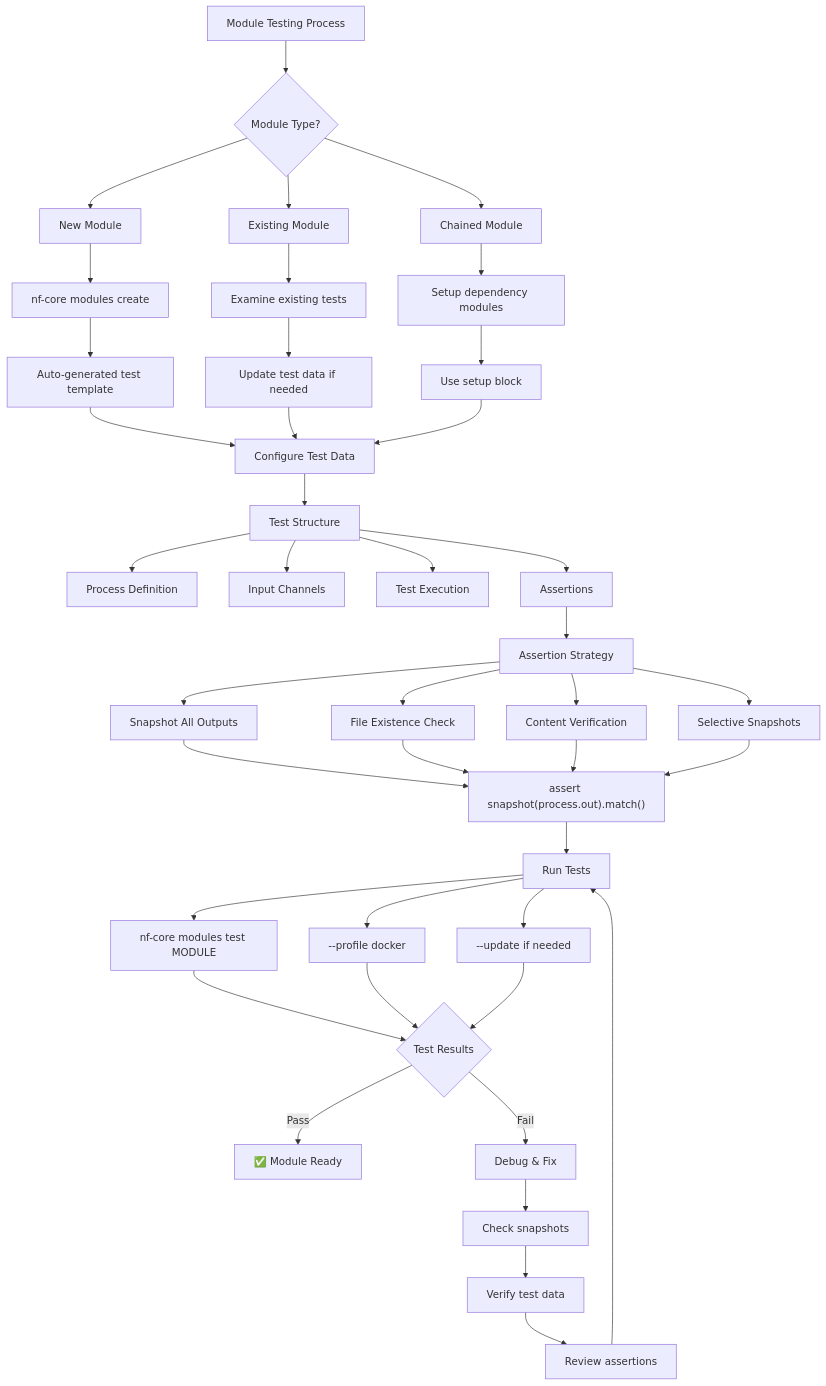
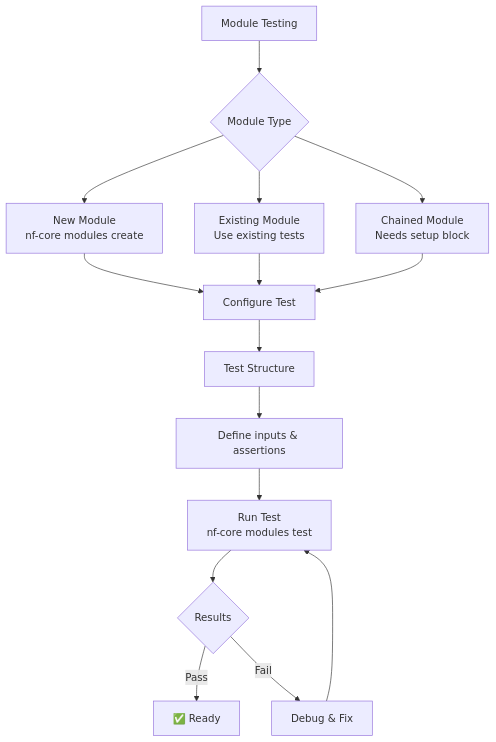
One commit to nf-core/website changed the diagram in sites/docs/src/content/docs/tutorials/tests_and_test_data/components/03_testing_modules.md. Above: the diagram before and after it, drawn with Mermaid. The commit also changed 7 other files, not shown here.

Commit message:
Revise nf-test comprehensive guide for clarity and organization. Update section links, improve diagrams for project setup, module testing, subworkflow testing, pipeline testing, test data management, CI/CD integration, and command usage. Remove outdated content and enhance overall structure.

````diff
--- a/sites/docs/src/content/docs/tutorials/tests_and_test_data/components/03_testing_modules.md
+++ b/sites/docs/src/content/docs/tutorials/tests_and_test_data/components/03_testing_modules.md
@@ -11,53 +11,21 @@
 ```mermaid
 flowchart TD
-    A[Module Testing Process] --> B{Module Type?}
+    A[Module Testing] --> B{Module Type}
 
-    B --> C[New Module]
-    B --> D[Existing Module]
-    B --> E[Chained Module]
+    B --> C[New Module<br/>nf-core modules create]
+    B --> D[Existing Module<br/>Use existing tests]
+    B --> E[Chained Module<br/>Needs setup block]
 
-    C --> C1["nf-core modules create"]
-    C1 --> C2[Auto-generated test template]
-    C2 --> F[Configure Test Data]
-
-    D --> D1[Examine existing tests]
-    D1 --> D2[Update test data if needed]
-    D2 --> F
-
-    E --> E1[Setup dependency modules]
-    E1 --> E2[Use setup block]
-    E2 --> F
+    C --> F[Configure Test]
+    D --> F
+    E --> F
 
     F --> G[Test Structure]
-    G --> G1[Process Definition]
-    G --> G2[Input Channels]
-    G --> G3[Test Execution]
-    G --> G4[Assertions]
+    G --> H[Define inputs & assertions]
+    H --> I[Run Test<br/>nf-core modules test]
 
-    G4 --> H[Assertion Strategy]
-    H --> H1[Snapshot All Outputs]
-    H --> H2[File Existence Check]
-    H --> H3[Content Verification]
-    H --> H4[Selective Snapshots]
-
-    H1 --> I["assert snapshot(process.out).match()"]
-    H2 --> I
-    H3 --> I
-    H4 --> I
-
-    I --> J[Run Tests]
-    J --> J1["nf-core modules test MODULE"]
-    J --> J2["--profile docker"]
-    J --> J3["--update if needed"]
-
-    J1 --> K{Test Results}
-    J2 --> K
-    J3 --> K
-
-    K --> |Pass| L[✅ Module Ready]
-    K --> |Fail| M[Debug & Fix]
-    M --> N[Check snapshots]
-    N --> O[Verify test data]
-    O --> P[Review assertions]
-    P --> J
+    I --> J{Results}
+    J --> |Pass| K[✅ Ready]
+    J --> |Fail| L[Debug & Fix]
+    L --> I
 ```
````
